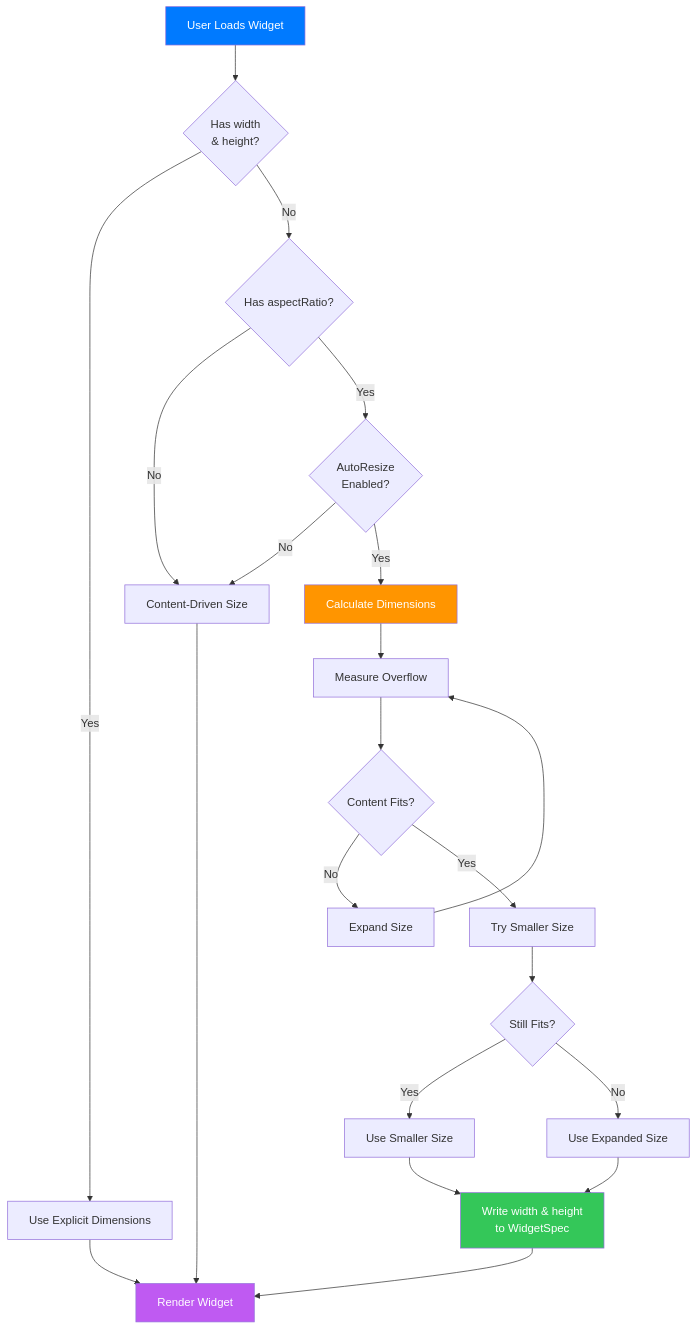
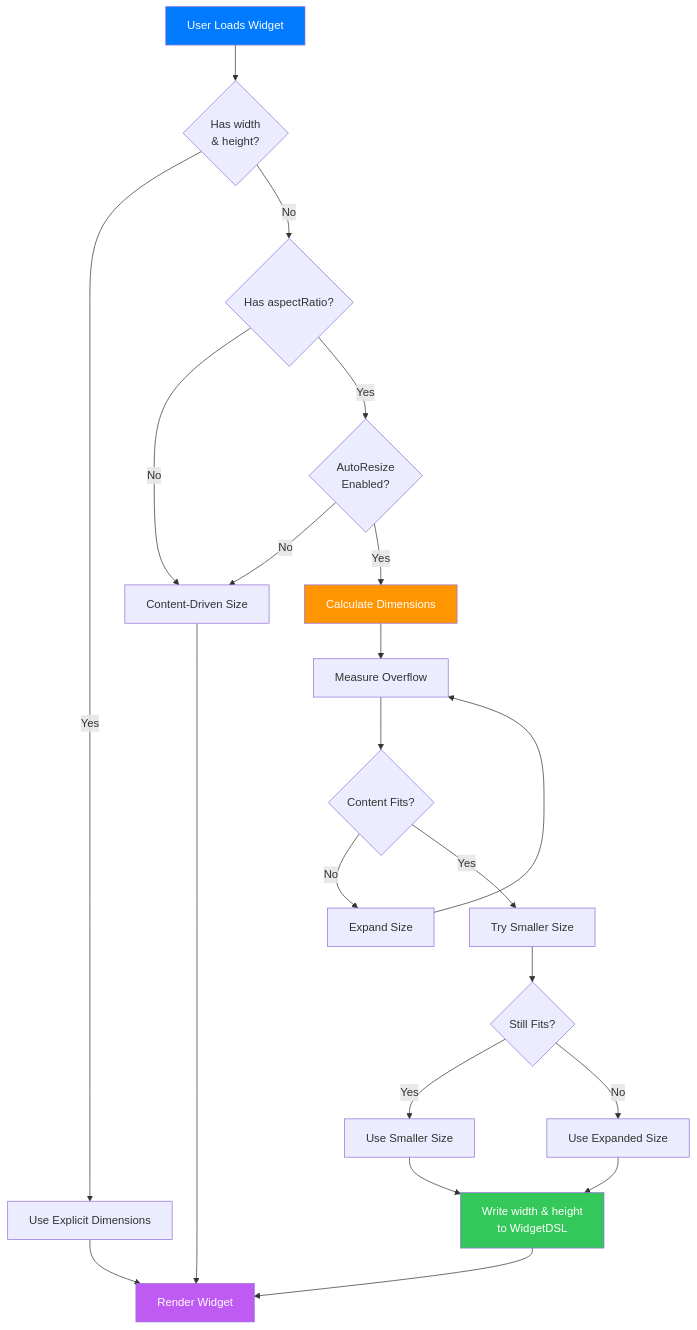
One commit to Djanghao/widget2code changed the fourth of 4 diagrams in apps/playground/architecture.md. Above: the diagram before and after it, drawn with Mermaid. The commit also changed other lines of this file and 29 other files, not shown here.

Commit message:
refactor: rename WidgetSpec to WidgetDSL across codebase

````diff
--- a/apps/playground/architecture.md
+++ b/apps/playground/architecture.md
@@ -234,40 +234,40 @@
 ```mermaid
 graph TD
     Start[User Loads Widget]
 
     HasWH{Has width<br/>& height?}
     Start --> HasWH
 
     HasWH -->|Yes| UseWH[Use Explicit Dimensions]
     HasWH -->|No| CheckAR{Has aspectRatio?}
 
     CheckAR -->|No| ContentDriven[Content-Driven Size]
     CheckAR -->|Yes| CheckEnabled{AutoResize<br/>Enabled?}
 
     CheckEnabled -->|No| ContentDriven
     CheckEnabled -->|Yes| Calculate[Calculate Dimensions]
 
     Calculate --> Measure[Measure Overflow]
     Measure --> Fits{Content Fits?}
 
     Fits -->|No| Expand[Expand Size]
     Expand --> Measure
 
     Fits -->|Yes| Shrink[Try Smaller Size]
     Shrink --> CheckFit{Still Fits?}
 
     CheckFit -->|Yes| UseShrunk[Use Smaller Size]
     CheckFit -->|No| UseExpanded[Use Expanded Size]
 
-    UseShrunk --> Write[Write width & height<br/>to WidgetSpec]
+    UseShrunk --> Write[Write width & height<br/>to WidgetDSL]
     UseExpanded --> Write
 
     Write --> Render[Render Widget]
     UseWH --> Render
     ContentDriven --> Render
 
     style Start fill:#007AFF,color:#fff
     style Calculate fill:#FF9500,color:#fff
     style Write fill:#34C759,color:#fff
     style Render fill:#BF5AF2,color:#fff
 ```
````
